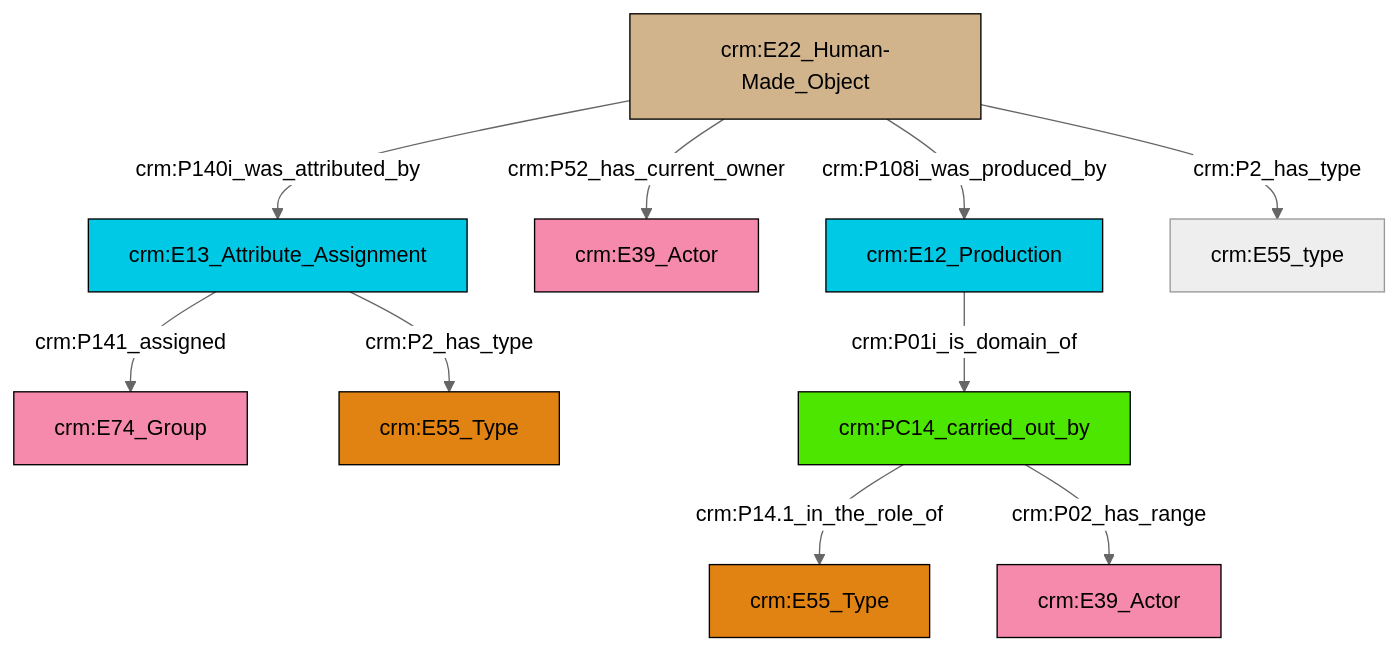
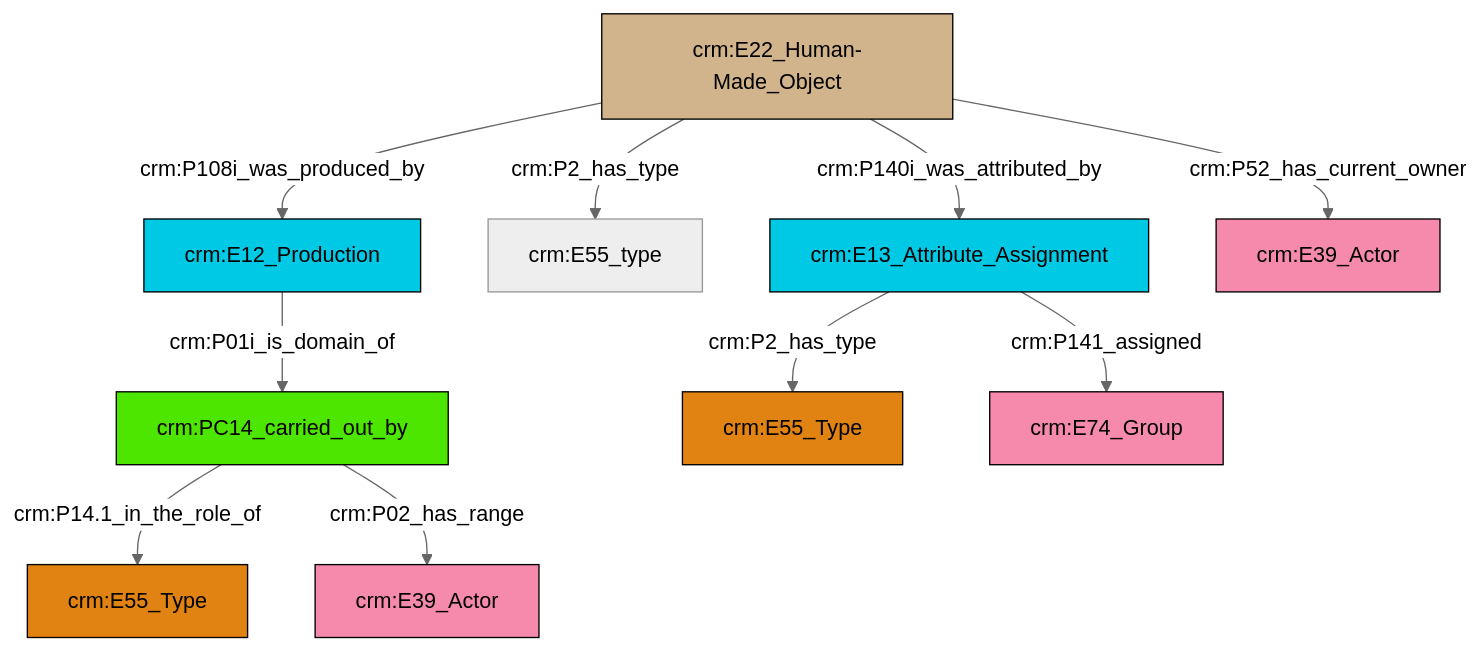
Before and after one commit to swiss-art-research-net/reference-data-models: the diagram in et/builtWorkCSV/ttl/mmd/Built_Work_actor_relations.ttl.mmd, drawn with Mermaid (neutral theme). The commit also changed 131 other files, not shown here.

```diff
--- a/et/builtWorkCSV/ttl/mmd/Built_Work_actor_relations.ttl.mmd
+++ b/et/builtWorkCSV/ttl/mmd/Built_Work_actor_relations.ttl.mmd
@@ -1,24 +1,24 @@
 graph TD
 classDef Literal fill:#f2f2f2,stroke:#000000;
 classDef CRM_Entity fill:#FFFFFF,stroke:#000000;
 classDef Temporal_Entity fill:#00C9E6, stroke:#000000;
 classDef Type fill:#E18312, stroke:#000000;
 classDef Time-Span fill:#2C9C91, stroke:#000000;
 classDef Appellation fill:#FFEB7F, stroke:#000000;
 classDef Place fill:#008836, stroke:#000000;
 classDef Persistent_Item fill:#B266B2, stroke:#000000;
 classDef Conceptual_Object fill:#FFD700, stroke:#000000;
 classDef Physical_Thing fill:#D2B48C, stroke:#000000;
 classDef Actor fill:#f58aad, stroke:#000000;
 classDef PC_Classes fill:#4ce600, stroke:#000000;
 classDef Multi fill:#cccccc,stroke:#000000;
 
-8["crm:E22_Human-Made_Object"]:::Physical_Thing -->|crm:P140i_was_attributed_by| 0["crm:E13_Attribute_Assignment"]:::Temporal_Entity
-0["crm:E13_Attribute_Assignment"]:::Temporal_Entity -->|crm:P141_assigned| 4["crm:E74_Group"]:::Actor
-13["crm:E12_Production"]:::Temporal_Entity -->|crm:P01i_is_domain_of| 9["crm:PC14_carried_out_by"]:::PC_Classes
-8["crm:E22_Human-Made_Object"]:::Physical_Thing -->|crm:P52_has_current_owner| 15["crm:E39_Actor"]:::Actor
-8["crm:E22_Human-Made_Object"]:::Physical_Thing -->|crm:P108i_was_produced_by| 13["crm:E12_Production"]:::Temporal_Entity
-9["crm:PC14_carried_out_by"]:::PC_Classes -->|crm:P14.1_in_the_role_of| 16["crm:E55_Type"]:::Type
-8["crm:E22_Human-Made_Object"]:::Physical_Thing -->|crm:P2_has_type| 6["crm:E55_type"]:::Default
-0["crm:E13_Attribute_Assignment"]:::Temporal_Entity -->|crm:P2_has_type| 11["crm:E55_Type"]:::Type
-9["crm:PC14_carried_out_by"]:::PC_Classes -->|crm:P02_has_range| 2["crm:E39_Actor"]:::Actor
+0["crm:PC14_carried_out_by"]:::PC_Classes -->|crm:P14.1_in_the_role_of| 1["crm:E55_Type"]:::Type
+2["crm:E13_Attribute_Assignment"]:::Temporal_Entity -->|crm:P2_has_type| 3["crm:E55_Type"]:::Type
+2["crm:E13_Attribute_Assignment"]:::Temporal_Entity -->|crm:P141_assigned| 7["crm:E74_Group"]:::Actor
+8["crm:E22_Human-Made_Object"]:::Physical_Thing -->|crm:P108i_was_produced_by| 9["crm:E12_Production"]:::Temporal_Entity
+8["crm:E22_Human-Made_Object"]:::Physical_Thing -->|crm:P140i_was_attributed_by| 2["crm:E13_Attribute_Assignment"]:::Temporal_Entity
+8["crm:E22_Human-Made_Object"]:::Physical_Thing -->|crm:P52_has_current_owner| 16["crm:E39_Actor"]:::Actor
+8["crm:E22_Human-Made_Object"]:::Physical_Thing -->|crm:P2_has_type| 5["crm:E55_type"]:::Default
+9["crm:E12_Production"]:::Temporal_Entity -->|crm:P01i_is_domain_of| 0["crm:PC14_carried_out_by"]:::PC_Classes
+0["crm:PC14_carried_out_by"]:::PC_Classes -->|crm:P02_has_range| 11["crm:E39_Actor"]:::Actor
```
